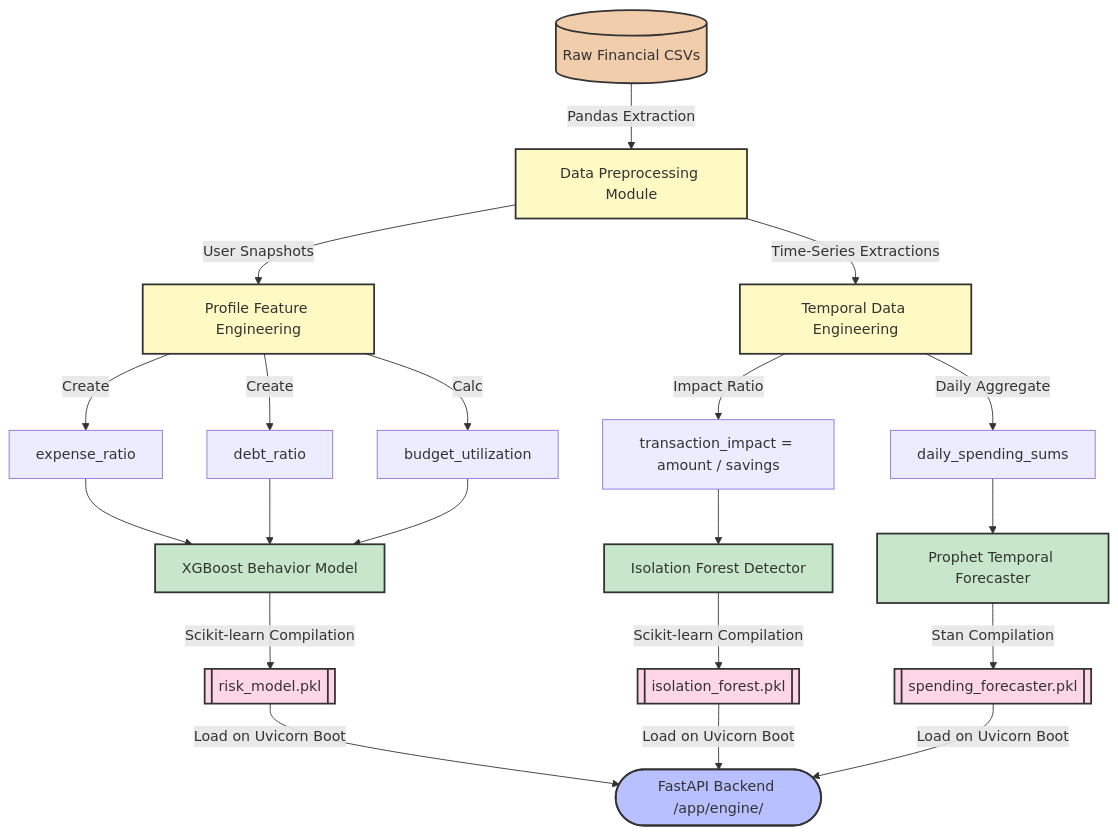
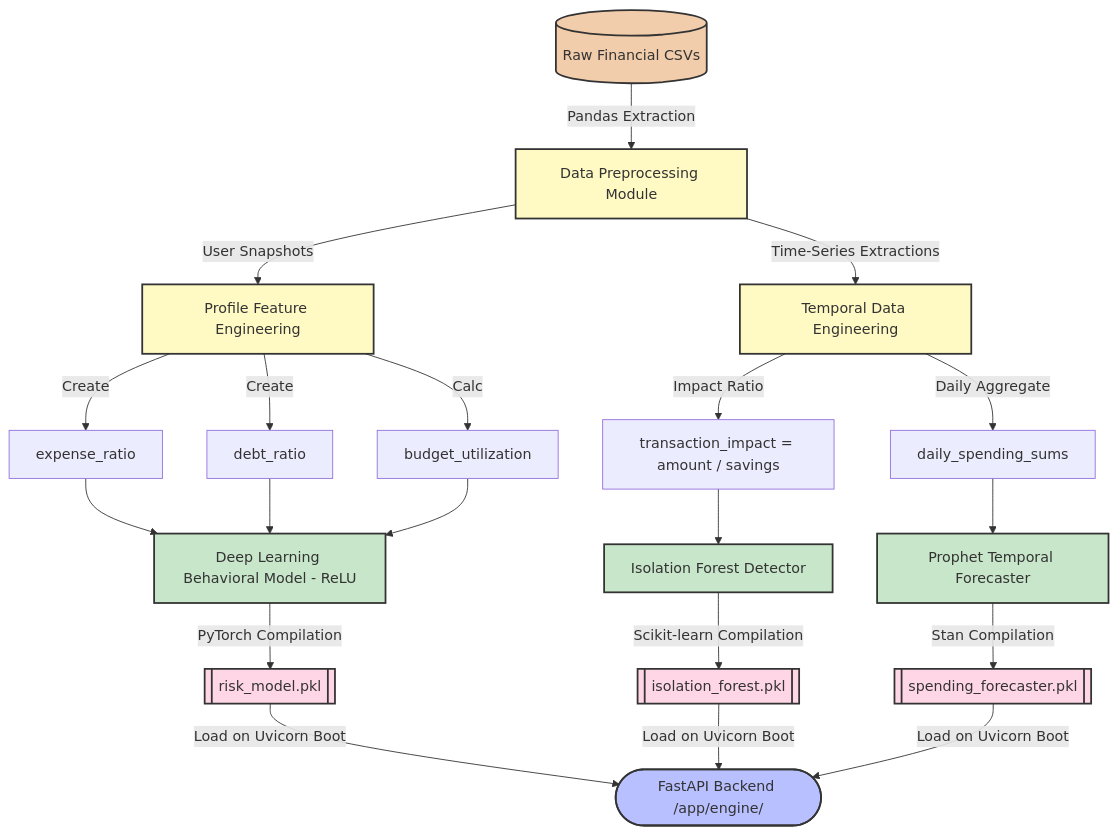
Before and after one commit to gunashekar2253/jenkin: the second of 2 diagrams in WORKFLOWS.md, drawn with Mermaid. The commit also changed other lines of this file, not shown here.

````diff
--- a/WORKFLOWS.md
+++ b/WORKFLOWS.md
@@ -79,50 +79,50 @@
 ```mermaid
 graph TD
     %% Base Data
     RawData[(Raw Financial CSVs)]
     
     %% Data Processing
     RawData -->|Pandas Extraction| Preprocessor[Data Preprocessing Module]
     
     %% Feature Engineering Splits
     Preprocessor -->|User Snapshots| ProfileEngineering[Profile Feature Engineering]
     ProfileEngineering -->|Create| ExpenseRatio[expense_ratio]
     ProfileEngineering -->|Create| DebtRatio[debt_ratio]
     ProfileEngineering -->|Calc| Utilization[budget_utilization]
 
     Preprocessor -->|Time-Series Extractions| TimeEngineering[Temporal Data Engineering]
     TimeEngineering -->|Impact Ratio| Impact[transaction_impact = amount / savings]
     TimeEngineering -->|Daily Aggregate| Daily[daily_spending_sums]
 
     %% Model Training Vectors
-    ExpenseRatio --> XGBoost[XGBoost Behavior Model]
-    DebtRatio --> XGBoost
-    Utilization --> XGBoost
+    ExpenseRatio --> ReLUModel[Deep Learning Behavioral Model - ReLU]
+    DebtRatio --> ReLUModel
+    Utilization --> ReLUModel
     
     Impact --> IsoForest[Isolation Forest Detector]
     
     Daily --> Prophet[Prophet Temporal Forecaster]
 
     %% Weights Compilation
-    XGBoost -->|Scikit-learn Compilation| PKL1[[risk_model.pkl]]
+    ReLUModel -->|PyTorch Compilation| PKL1[[risk_model.pkl]]
     IsoForest -->|Scikit-learn Compilation| PKL2[[isolation_forest.pkl]]
     Prophet -->|Stan Compilation| PKL3[[spending_forecaster.pkl]]
 
     %% Serialization 
     PKL1 --> |Load on Uvicorn Boot| BackendServer([FastAPI Backend /app/engine/])
     PKL2 --> |Load on Uvicorn Boot| BackendServer
     PKL3 --> |Load on Uvicorn Boot| BackendServer
 
     %% Semantic Styling
     classDef data fill:#f2cdac,stroke:#333,stroke-width:2px;
     classDef process fill:#fff9c4,stroke:#333,stroke-width:2px;
     classDef algo fill:#c8e6c9,stroke:#333,stroke-width:2px;
     classDef pkl fill:#ffd6e5,stroke:#333,stroke-width:2px;
     classDef server fill:#b8c0ff,stroke:#333,stroke-width:2px;
 
     class RawData data;
     class Preprocessor,ProfileEngineering,TimeEngineering process;
-    class XGBoost,IsoForest,Prophet algo;
+    class ReLUModel,IsoForest,Prophet algo;
     class PKL1,PKL2,PKL3 pkl;
     class BackendServer server;
 ```
````
